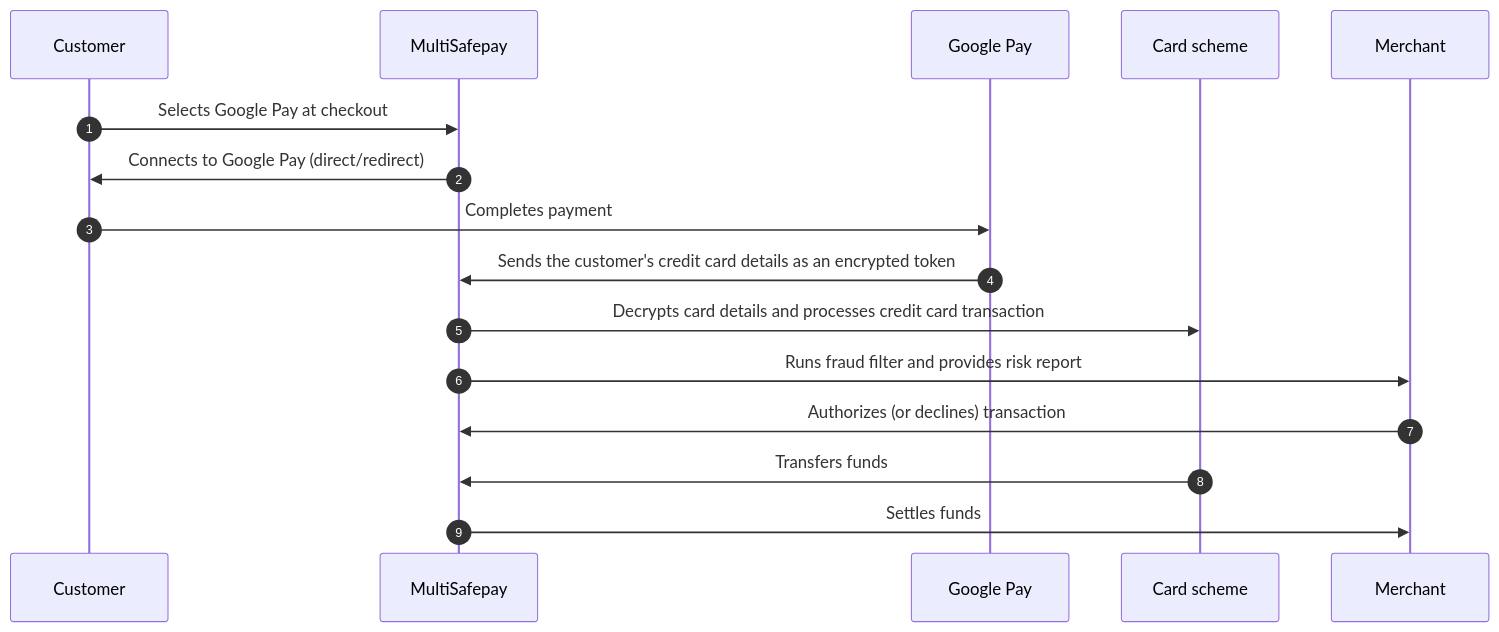
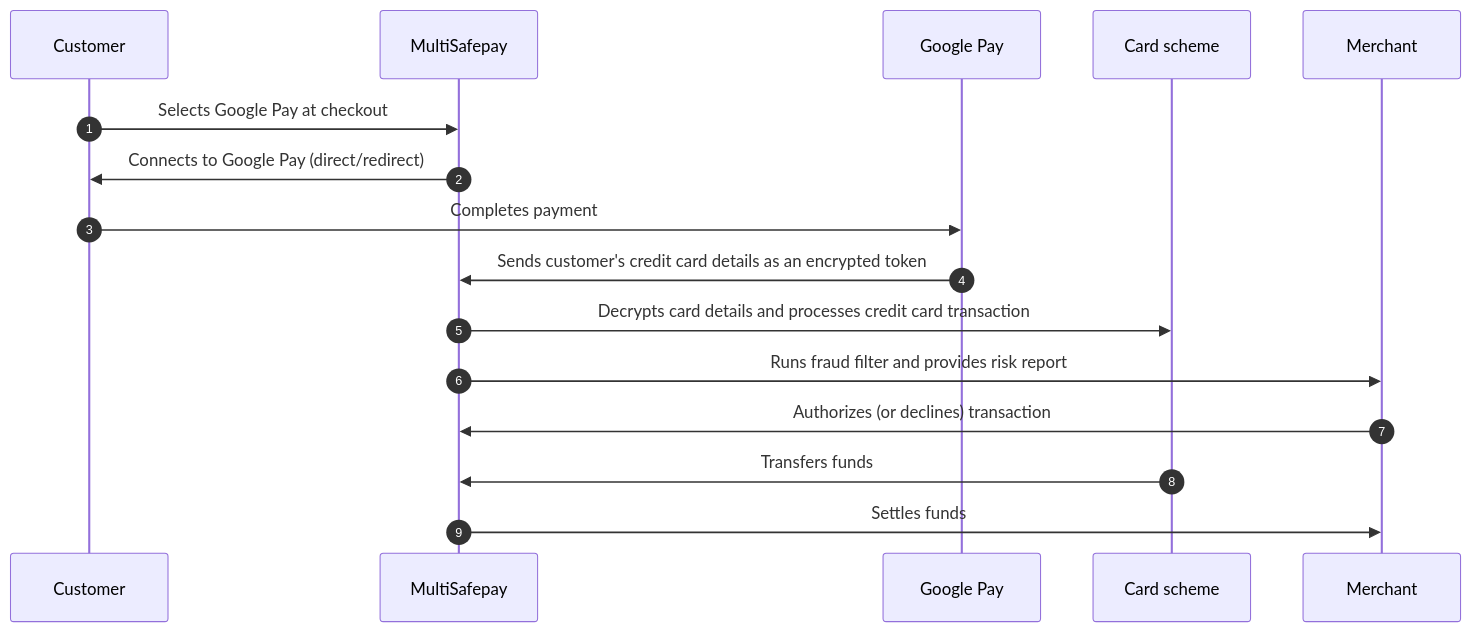
One commit to MultiSafepay/docs changed the diagram in content/payments/methods/wallet/googlepay/payment-flow.md. Above: the diagram before and after it, drawn with Mermaid. The commit also changed other lines of this file and 34 other files, not shown here.

```diff
--- a/content/payments/methods/wallet/googlepay/payment-flow.md
+++ b/content/payments/methods/wallet/googlepay/payment-flow.md
@@ -14,21 +14,21 @@
 {{< mermaid class="text-center" >}}
 
 sequenceDiagram
     autonumber
     participant C as Customer
     participant Mu as MultiSafepay
     participant G as Google Pay
     participant CS as Card scheme
     participant Me as Merchant
 
     C->>Mu: Selects Google Pay at checkout
     Mu->>C: Connects to Google Pay (direct/redirect)
     C->>G: Completes payment 
-    G->>Mu: Sends the customer's credit card details as an encrypted token
+    G->>Mu: Sends customer's credit card details as an encrypted token
     Mu->>CS: Decrypts card details and processes credit card transaction
     Mu->>Me: Runs fraud filter and provides risk report
     Me->>Mu: Authorizes (or declines) transaction
     CS->>Mu: Transfers funds 
     Mu->>Me: Settles funds
 
 {{< /mermaid >}}
```
